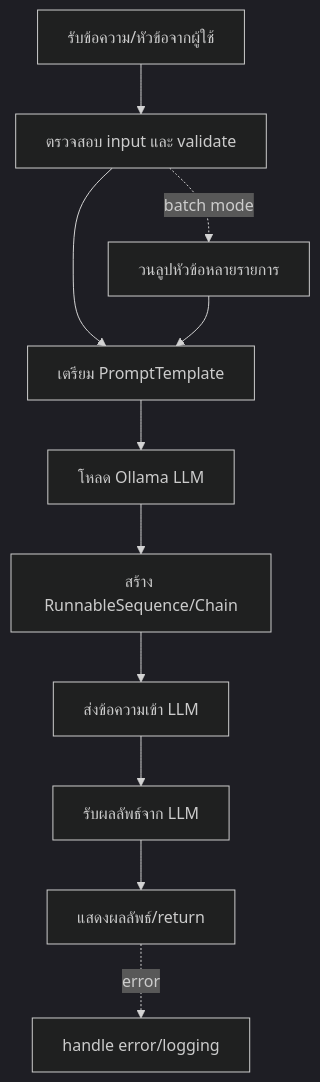
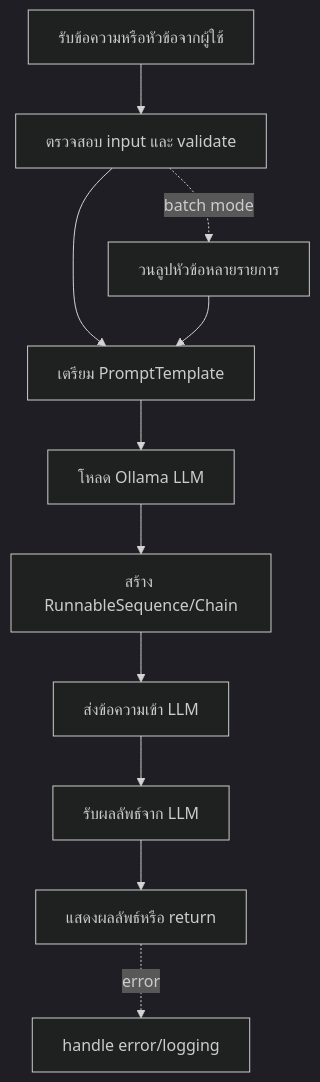
The first of 16 diagrams in README.md (JonusNattapong/LangChainOllama), drawn with Mermaid (dark theme) before and after one commit. The commit also changed other lines of this file, not shown here.

Commit message:
Refine README diagrams for clarity by improving text descriptions and consistency in terminology across various sections.

````diff
--- a/README.md
+++ b/README.md
@@ -286,13 +286,13 @@
 ```mermaid
 graph TD
-    A[รับข้อความ/หัวข้อจากผู้ใช้] --> B[ตรวจสอบ input และ validate]
+    A[รับข้อความหรือหัวข้อจากผู้ใช้] --> B[ตรวจสอบ input และ validate]
     B --> C[เตรียม PromptTemplate]
     C --> D[โหลด Ollama LLM]
     D --> E[สร้าง RunnableSequence/Chain]
     E --> F[ส่งข้อความเข้า LLM]
     F --> G[รับผลลัพธ์จาก LLM]
-    G --> H[แสดงผลลัพธ์/return]
+    G --> H[แสดงผลลัพธ์หรือ return]
     B -. batch mode .-> I[วนลูปหัวข้อหลายรายการ]
     I --> C
     H -. error .-> J[handle error/logging]
 ```
````
